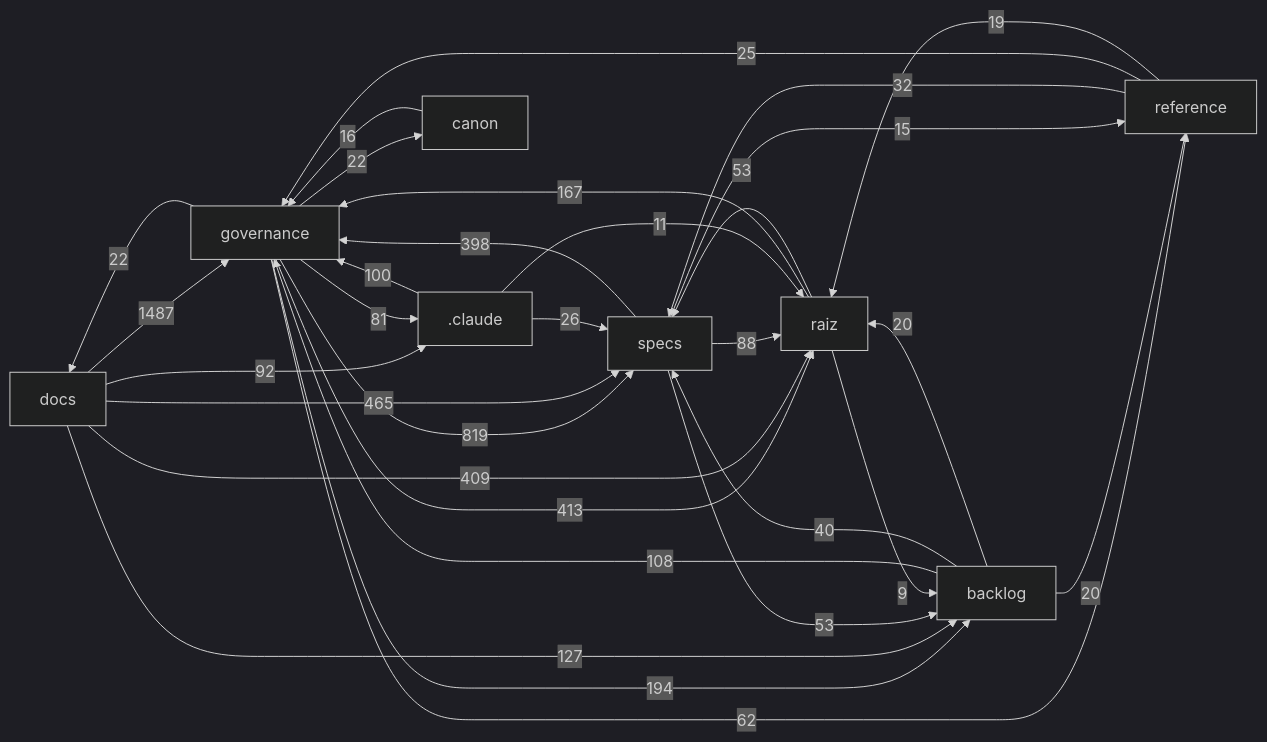
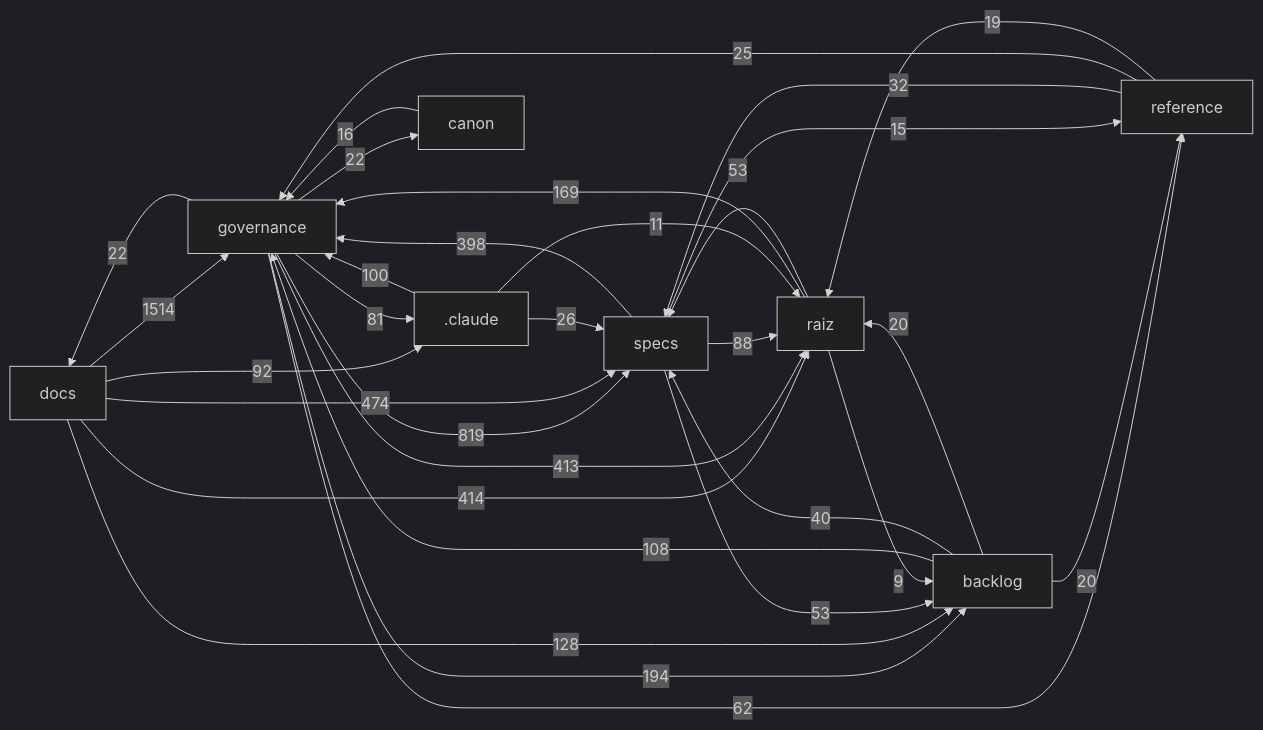
The diagram in docs/mapa/MAPA-PROJETO.md (Andraus35/Sistema-Operacional-de-Trading--SOT), drawn with Mermaid (dark theme) before and after one commit. The commit also changed other lines of this file and 5 other files, not shown here.

````diff
--- a/docs/mapa/MAPA-PROJETO.md
+++ b/docs/mapa/MAPA-PROJETO.md
@@ -29,33 +29,33 @@
 ```mermaid
 flowchart LR
-  docs["docs"] -->|1487| governance["governance"]
+  docs["docs"] -->|1514| governance["governance"]
   governance["governance"] -->|819| specs["specs"]
-  docs["docs"] -->|465| specs["specs"]
+  docs["docs"] -->|474| specs["specs"]
+  docs["docs"] -->|414| raiz["raiz"]
   governance["governance"] -->|413| raiz["raiz"]
-  docs["docs"] -->|409| raiz["raiz"]
   specs["specs"] -->|398| governance["governance"]
   governance["governance"] -->|194| backlog["backlog"]
-  raiz["raiz"] -->|167| governance["governance"]
-  docs["docs"] -->|127| backlog["backlog"]
+  raiz["raiz"] -->|169| governance["governance"]
+  docs["docs"] -->|128| backlog["backlog"]
   backlog["backlog"] -->|108| governance["governance"]
   _claude[".claude"] -->|100| governance["governance"]
   docs["docs"] -->|92| _claude[".claude"]
   specs["specs"] -->|88| raiz["raiz"]
   governance["governance"] -->|81| _claude[".claude"]
   governance["governance"] -->|62| reference["reference"]
   raiz["raiz"] -->|53| specs["specs"]
   specs["specs"] -->|53| backlog["backlog"]
   backlog["backlog"] -->|40| specs["specs"]
   reference["reference"] -->|32| specs["specs"]
   _claude[".claude"] -->|26| specs["specs"]
   reference["reference"] -->|25| governance["governance"]
   governance["governance"] -->|22| docs["docs"]
   governance["governance"] -->|22| canon["canon"]
   backlog["backlog"] -->|20| raiz["raiz"]
   backlog["backlog"] -->|20| reference["reference"]
   reference["reference"] -->|19| raiz["raiz"]
   canon["canon"] -->|16| governance["governance"]
   specs["specs"] -->|15| reference["reference"]
   _claude[".claude"] -->|11| raiz["raiz"]
   raiz["raiz"] -->|9| backlog["backlog"]
 ```
````
